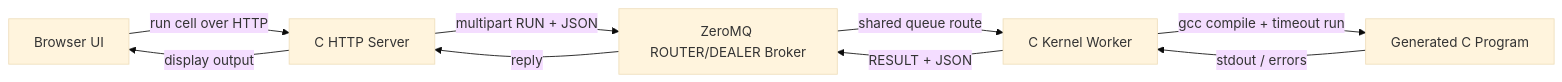
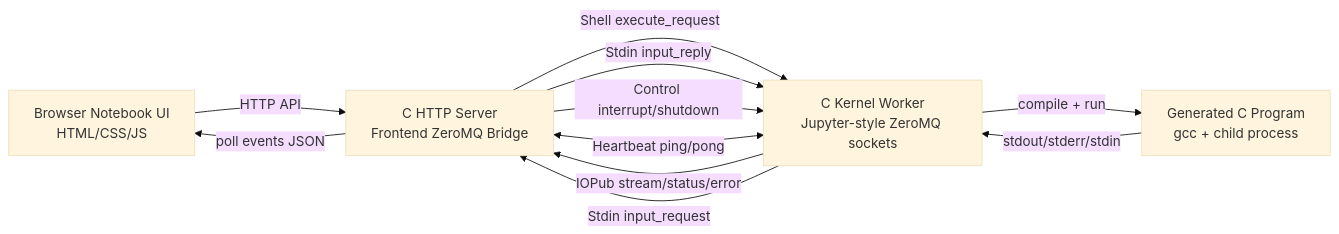
One commit to Andrew53O/zemomq-c-notebook changed the first of 4 diagrams in README.md. Above: the diagram before and after it, drawn with Mermaid (base theme). The commit also changed other lines of this file, not shown here.

Commit message:
docs: rebuild readme for jupyter-style sockets

````diff
--- a/README.md
+++ b/README.md
@@ -27,17 +13,18 @@
 ```mermaid
 flowchart LR
-    Browser[Browser UI]
-    Server[C HTTP Server]
-    Broker[ZeroMQ ROUTER/DEALER Broker]
-    Worker[C Kernel Worker]
-    Runtime[Generated C Program]
+    Browser["Browser Notebook UI<br/>HTML/CSS/JS"]
+    Server["C HTTP Server<br/>Frontend ZeroMQ Bridge"]
+    Kernel["C Kernel Worker<br/>Jupyter-style ZeroMQ sockets"]
+    Runtime["Generated C Program<br/>gcc + child process"]
 
-    Browser -->|run cell over HTTP| Server
-    Server -->|multipart RUN + JSON| Broker
-    Broker -->|shared queue route| Worker
-    Worker -->|gcc compile + timeout run| Runtime
-    Runtime -->|stdout / errors| Worker
-    Worker -->|RESULT + JSON| Broker
-    Broker -->|reply| Server
-    Server -->|display output| Browser
+    Browser -->|HTTP API| Server
+    Server -->|Shell execute_request| Kernel
+    Kernel -->|IOPub stream/status/error| Server
+    Kernel -->|Stdin input_request| Server
+    Server -->|Stdin input_reply| Kernel
+    Server -->|Control interrupt/shutdown| Kernel
+    Server <-->|Heartbeat ping/pong| Kernel
+    Kernel -->|compile + run| Runtime
+    Runtime -->|stdout/stderr/stdin| Kernel
+    Server -->|poll events JSON| Browser
 ```
````
